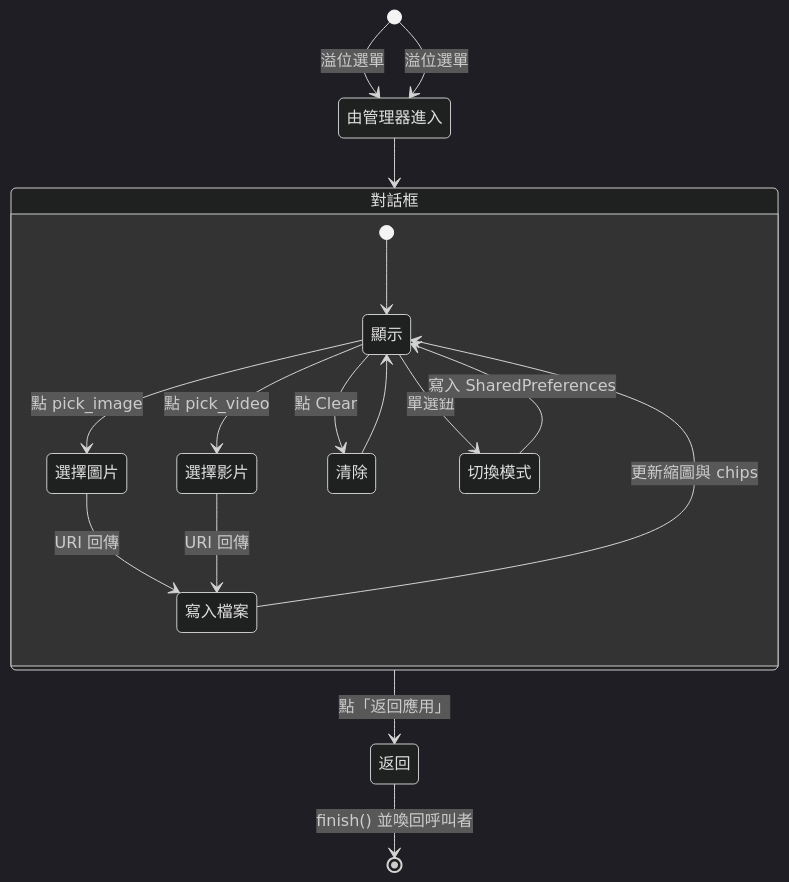
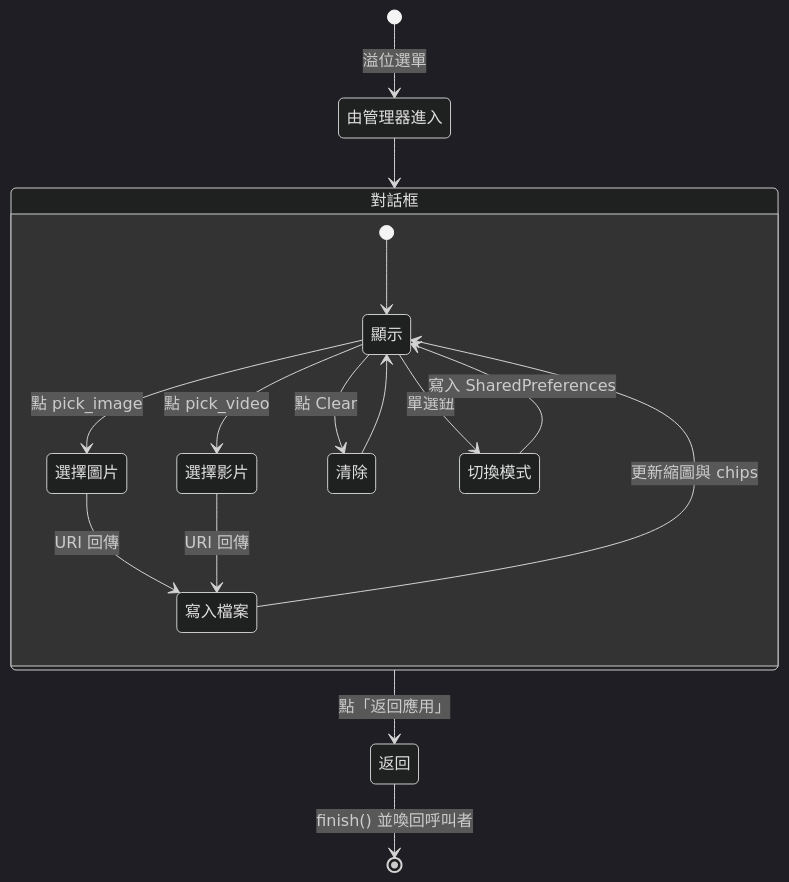
The third of 3 diagrams in README_tc.md (Steake/com.example.vcam), drawn with Mermaid (dark theme) before and after one commit.

Commit message:
docs: fix duplicated mermaid entry in README_tc
Agent-Logs-Url: https://github.com/Steake/com.example.vcam/sessions/dcfad43d-7f54-4506-a8d8-c2ce78c1e799

````diff
--- a/README_tc.md
+++ b/README_tc.md
@@ -132,23 +132,22 @@
 ```mermaid
 stateDiagram-v2
-    [*] --> 由管理器進入: 溢位選單
     [*] --> 由管理器進入: 溢位選單
 
     由管理器進入 --> 對話框
 
     state 對話框 {
         [*] --> 顯示
         顯示 --> 選擇圖片: 點 pick_image
         顯示 --> 選擇影片: 點 pick_video
         選擇圖片 --> 寫入檔案: URI 回傳
         選擇影片 --> 寫入檔案: URI 回傳
         寫入檔案 --> 顯示: 更新縮圖與 chips
         顯示 --> 清除: 點 Clear
         清除 --> 顯示
         顯示 --> 切換模式: 單選鈕
         切換模式 --> 顯示: 寫入 SharedPreferences
     }
 
     對話框 --> 返回: 點「返回應用」
     返回 --> [*]: finish() 並喚回呼叫者
 ```
````
